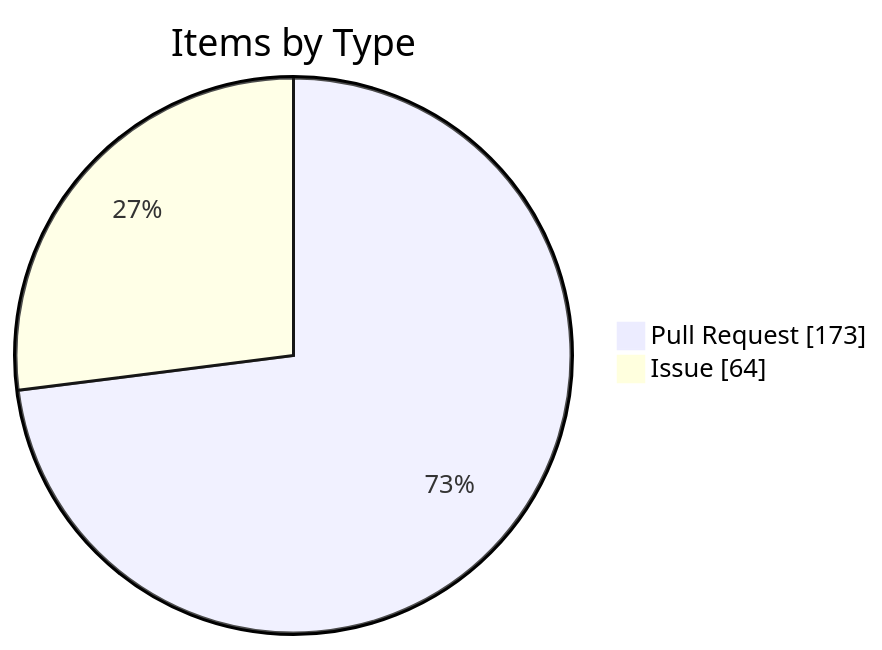
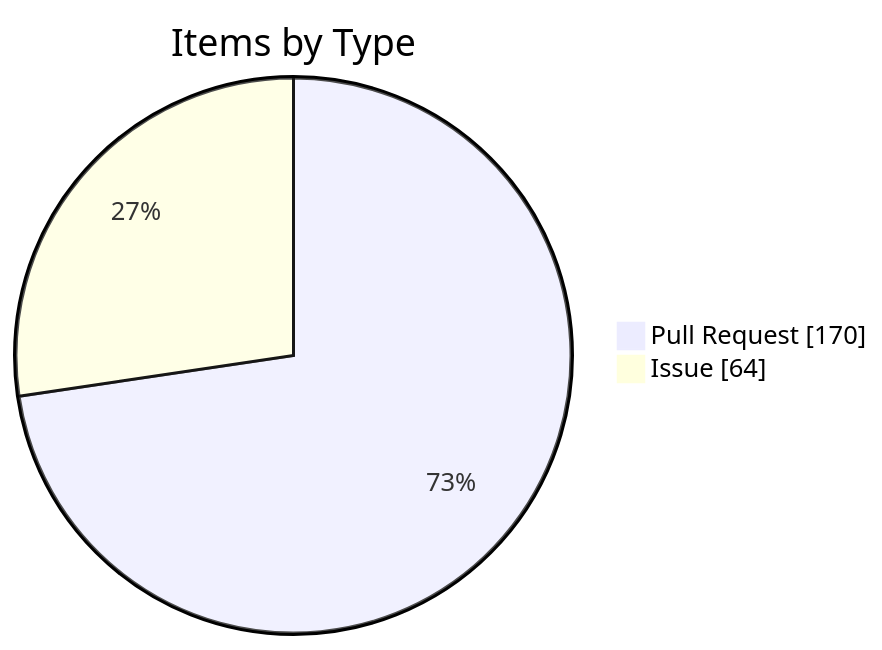
One commit to KBVE/kbve changed the fourth of 4 diagrams in apps/kbve/astro-kbve/src/content/docs/dashboard/kanban-data.mdx. Above: the diagram before and after it, drawn with Mermaid. The commit also changed other lines of this file and 8 other files, not shown here.

````diff
--- a/apps/kbve/astro-kbve/src/content/docs/dashboard/kanban-data.mdx
+++ b/apps/kbve/astro-kbve/src/content/docs/dashboard/kanban-data.mdx
@@ -116,6 +116,6 @@
 ```mermaid
 pie showData
     title Items by Type
-    "Pull Request" : 173
+    "Pull Request" : 170
     "Issue" : 64
 ```
````
